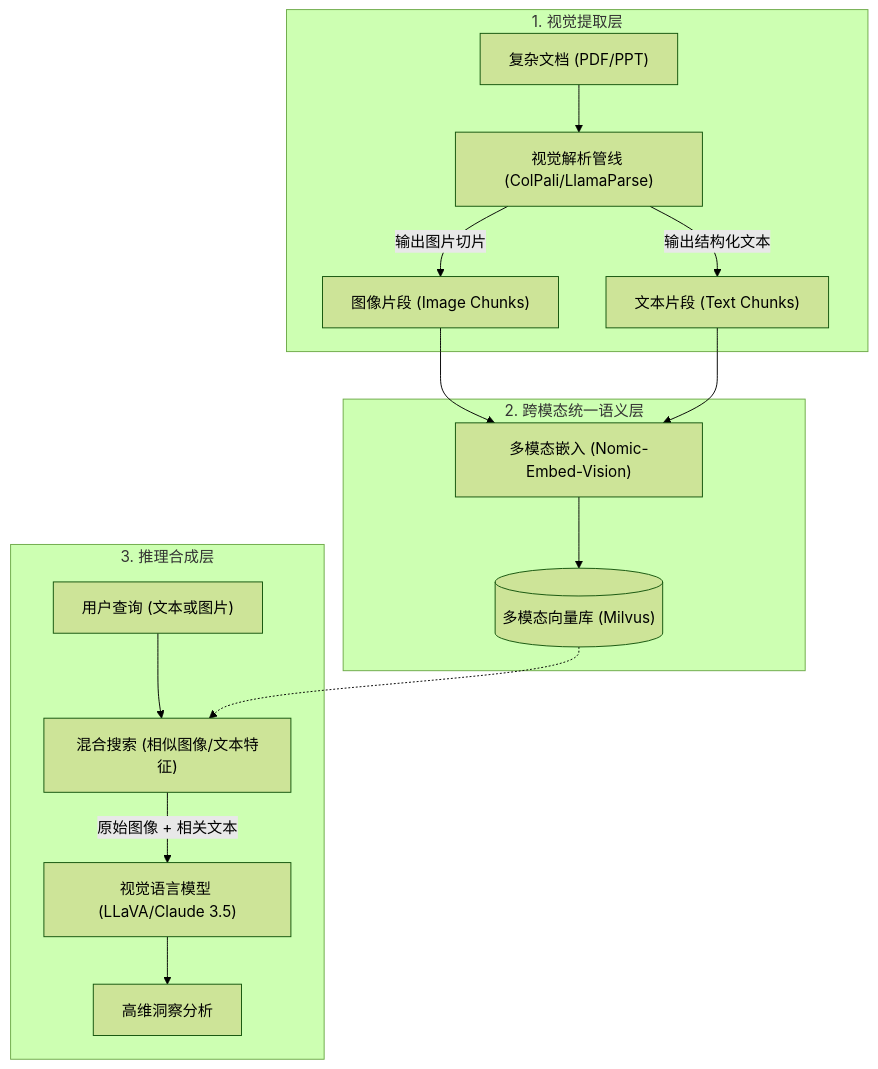
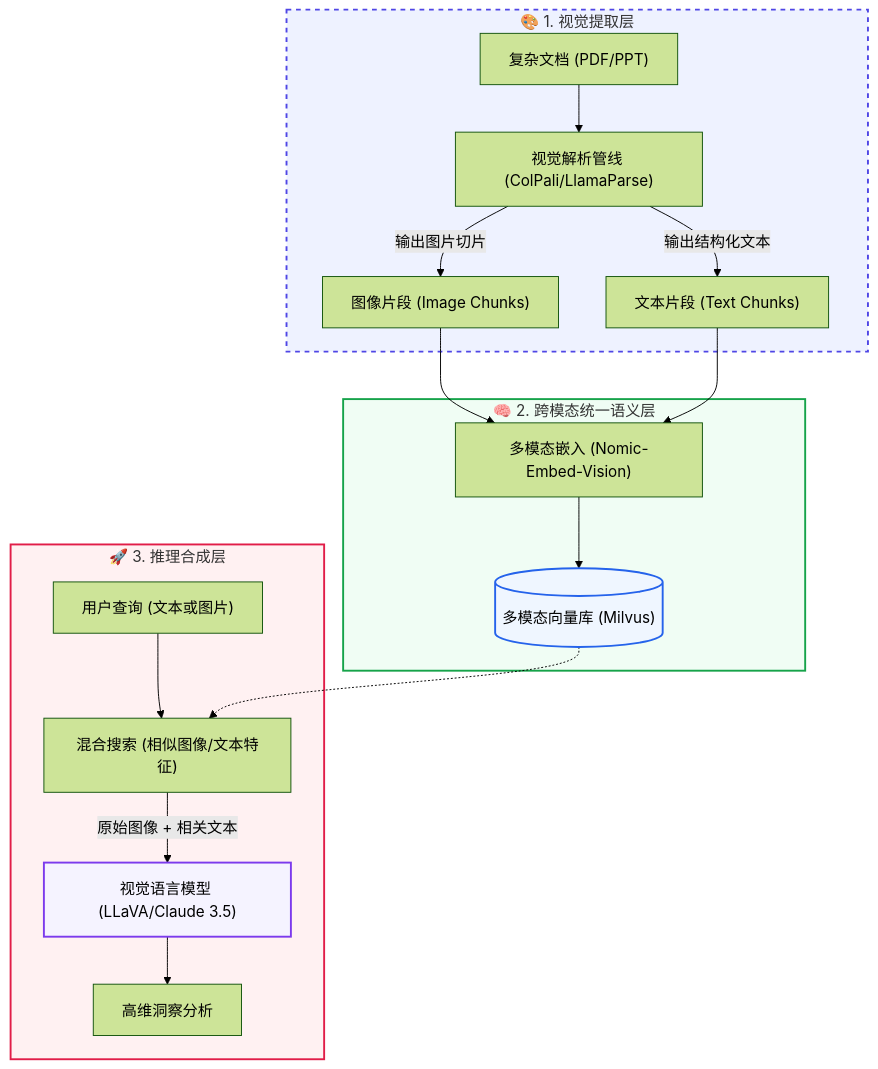
Diagram 13 of 17 in doc/AI_Knowledge_Roadmap.md (wangchong2023/lang-chain-graph), drawn with Mermaid (forest theme) before and after one commit. The commit also changed other lines of this file, not shown here.

Commit message:
docs: update AI knowledge roadmap with new learning resources and milestones

````diff
--- a/doc/AI_Knowledge_Roadmap.md
+++ b/doc/AI_Knowledge_Roadmap.md
@@ -937,21 +960,28 @@
 ```mermaid
 graph TD
-    subgraph "1. 视觉提取层"
+    subgraph VisionLayer ["🎨 1. 视觉提取层"]
         Raw["复杂文档 (PDF/PPT)"] --> Parser["视觉解析管线 (ColPali/LlamaParse)"]
         Parser -- "输出图片切片" --> ImageChunk["图像片段 (Image Chunks)"]
         Parser -- "输出结构化文本" --> TextChunk["文本片段 (Text Chunks)"]
     end
     
-    subgraph "2. 跨模态统一语义层"
+    subgraph SemanticLayer ["🧠 2. 跨模态统一语义层"]
         ImageChunk --> VisionEmbed["多模态嵌入 (Nomic-Embed-Vision)"]
         TextChunk --> VisionEmbed
         VisionEmbed --> VectorDB[("多模态向量库 (Milvus)")]
     end
     
-    subgraph "3. 推理合成层"
+    subgraph ReasoningLayer ["🚀 3. 推理合成层"]
         Query["用户查询 (文本或图片)"] --> Retrieval["混合搜索 (相似图像/文本特征)"]
         VectorDB -.-> Retrieval
         Retrieval -- "原始图像 + 相关文本" --> VLM["视觉语言模型 (LLaVA/Claude 3.5)"]
         VLM --> Output["高维洞察分析"]
     end
+
+    %% 样式美化
+    style VisionLayer fill:#eef2ff,stroke:#4f46e5,stroke-width:2px,stroke-dasharray: 5 5
+    style SemanticLayer fill:#f0fdf4,stroke:#16a34a,stroke-width:2px
+    style ReasoningLayer fill:#fff1f2,stroke:#e11d48,stroke-width:2px
+    style VLM fill:#f5f3ff,stroke:#7c3aed,stroke-width:2px
+    style VectorDB fill:#eff6ff,stroke:#2563eb,stroke-width:2px
 ```
````
